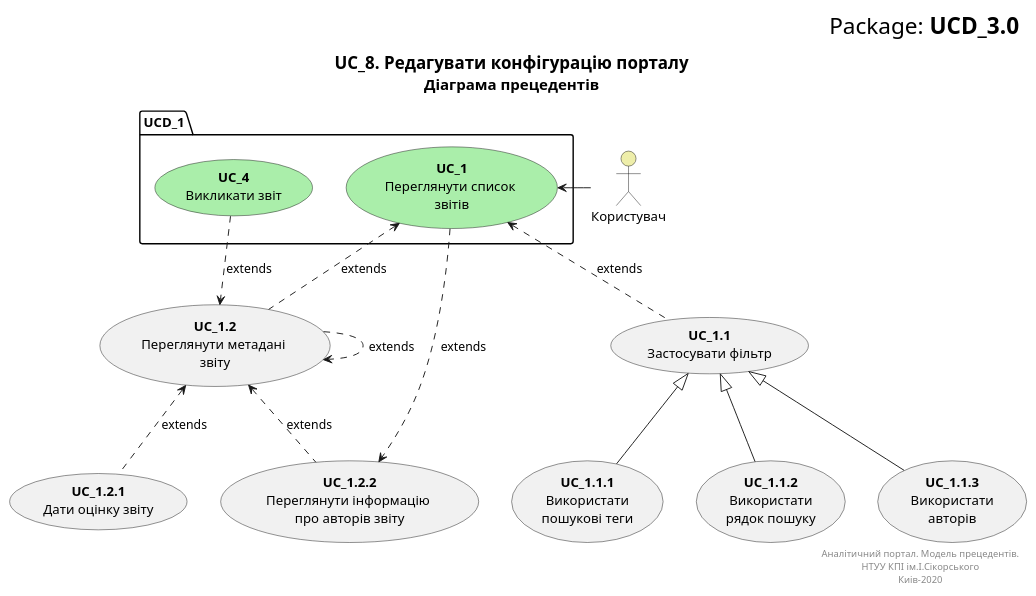
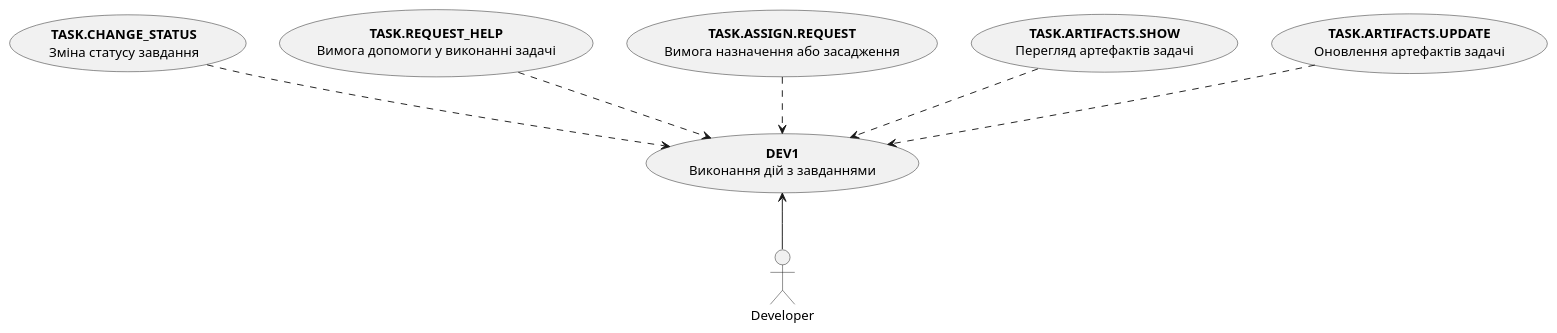
The second of 6 diagrams in docs/use cases/README.md (yarikkot04/Sup), drawn with PlantUML before and after one commit. The commit also changed other lines of this file, not shown here.

Commit message:
Added diagrams

```diff
--- a/docs/use cases/README.md
+++ b/docs/use cases/README.md
@@ -195,54 +33,19 @@
-@startuml
+ @startuml
+    actor Developer
 
-    right header
-        <font size=24 color=black>Package: <b>UCD_3.0
-    end header
+    usecase DEV1 as "<b>DEV1</b>\nВиконання дій з завданнями"
 
-    title
-        <font size=18 color=black>UC_8. Редагувати конфігурацію порталу
-        <font size=16 color=black>Діаграма прецедентів
-    end title
+    usecase TASK1 as "<b>TASK.CHANGE_STATUS</b>\nЗміна статусу завдання"
+    usecase TASK2 as "<b>TASK.REQUEST_HELP</b>\nВимога допомоги у виконанні задачі"
+    usecase TASK3 as "<b>TASK.ASSIGN.REQUEST</b>\nВимога назначення або засадження"
+    usecase TASK4 as "<b>TASK.ARTIFACTS.SHOW</b>\nПерегляд артефактів задачі"
+    usecase TASK5 as "<b>TASK.ARTIFACTS.UPDATE</b>\nОновлення артефактів задачі"
 
+    Developer -u-> DEV1
 
-    actor "Користувач" as User #eeeeaa
-    
-    package UCD_1{
-        usecase "<b>UC_1</b>\nПереглянути список \nзвітів" as UC_1 #aaeeaa
-    }
-    
-    usecase "<b>UC_1.1</b>\nЗастосувати фільтр" as UC_1.1
-    usecase "<b>UC_1.2</b>\nПереглянути метадані \nзвіту" as UC_1.2  
-    usecase "<b>UC_1.2.1</b>\nДати оцінку звіту" as UC_1.2.1  
-    usecase "<b>UC_1.2.2</b>\nПереглянути інформацію \nпро авторів звіту" as UC_1.2.2
-    
-    package UCD_1 {
-        usecase "<b>UC_4</b>\nВикликати звіт" as UC_4 #aaeeaa
-    }
-    
-    usecase "<b>UC_1.1.1</b>\n Використати \nпошукові теги" as UC_1.1.1  
-    usecase "<b>UC_1.1.2</b>\n Використати \nрядок пошуку" as UC_1.1.2
-    usecase "<b>UC_1.1.3</b>\n Використати \nавторів" as UC_1.1.3  
-    
-    
-    
-    User -> UC_1
-    UC_1.1 .u.> UC_1 :extends
-    UC_1.2 .u.> UC_1 :extends
-    UC_4 .d.> UC_1.2 :extends
-    UC_1.2 .> UC_1.2 :extends
-    UC_1.2.1 .u.> UC_1.2 :extends
-    UC_1.2.2 .u.> UC_1.2 :extends
-    UC_1 ..> UC_1.2.2 :extends
-    
-    
-    UC_1.1.1 -u-|> UC_1.1
-    UC_1.1.2 -u-|> UC_1.1
-    UC_1.1.3 -u-|> UC_1.1
-    
-    right footer
-        Аналітичний портал. Модель прецедентів.
-        НТУУ КПІ ім.І.Сікорського
-        Киів-2020
-    end footer
-
-@enduml
+    TASK1 .d.> DEV1 <<extends>>
+    TASK2 .d.> DEV1 <<extends>>
+    TASK3 .d.> DEV1 <<extends>>
+    TASK4 .d.> DEV1 <<extends>>
+    TASK5 .d.> DEV1 <<extends>>
+ @enduml
```
